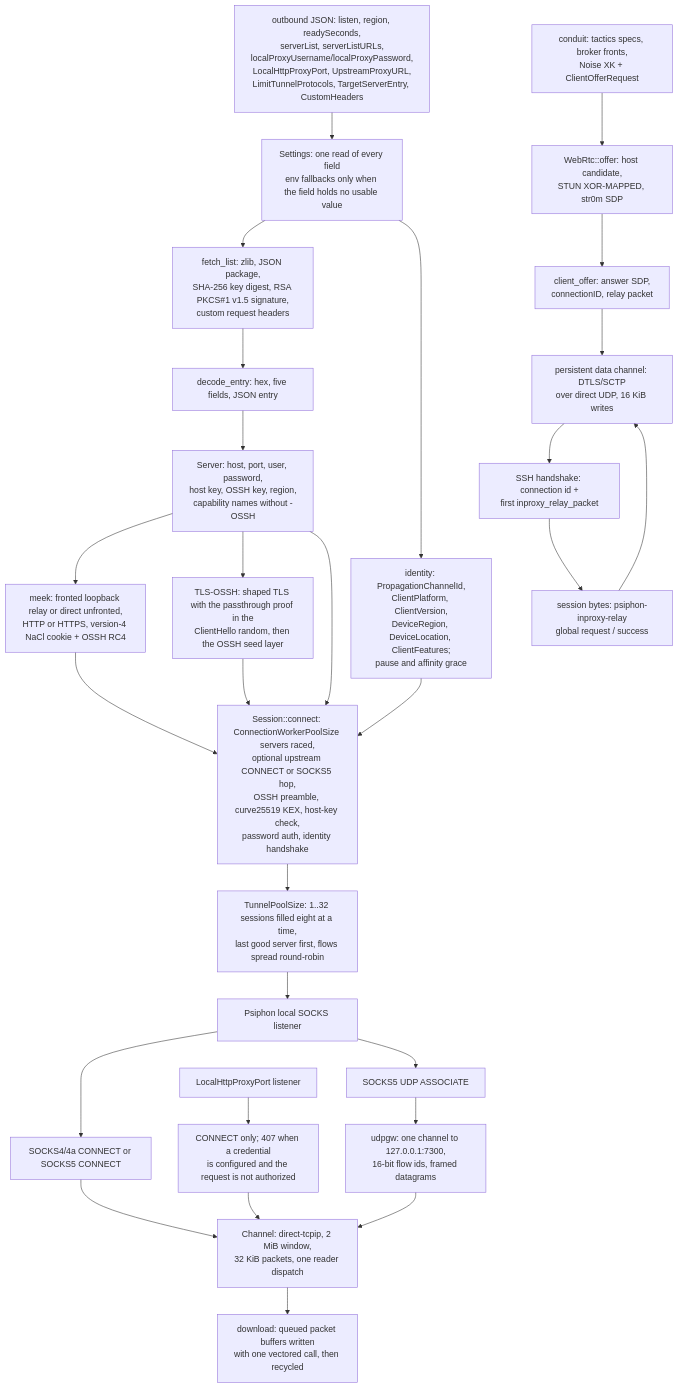
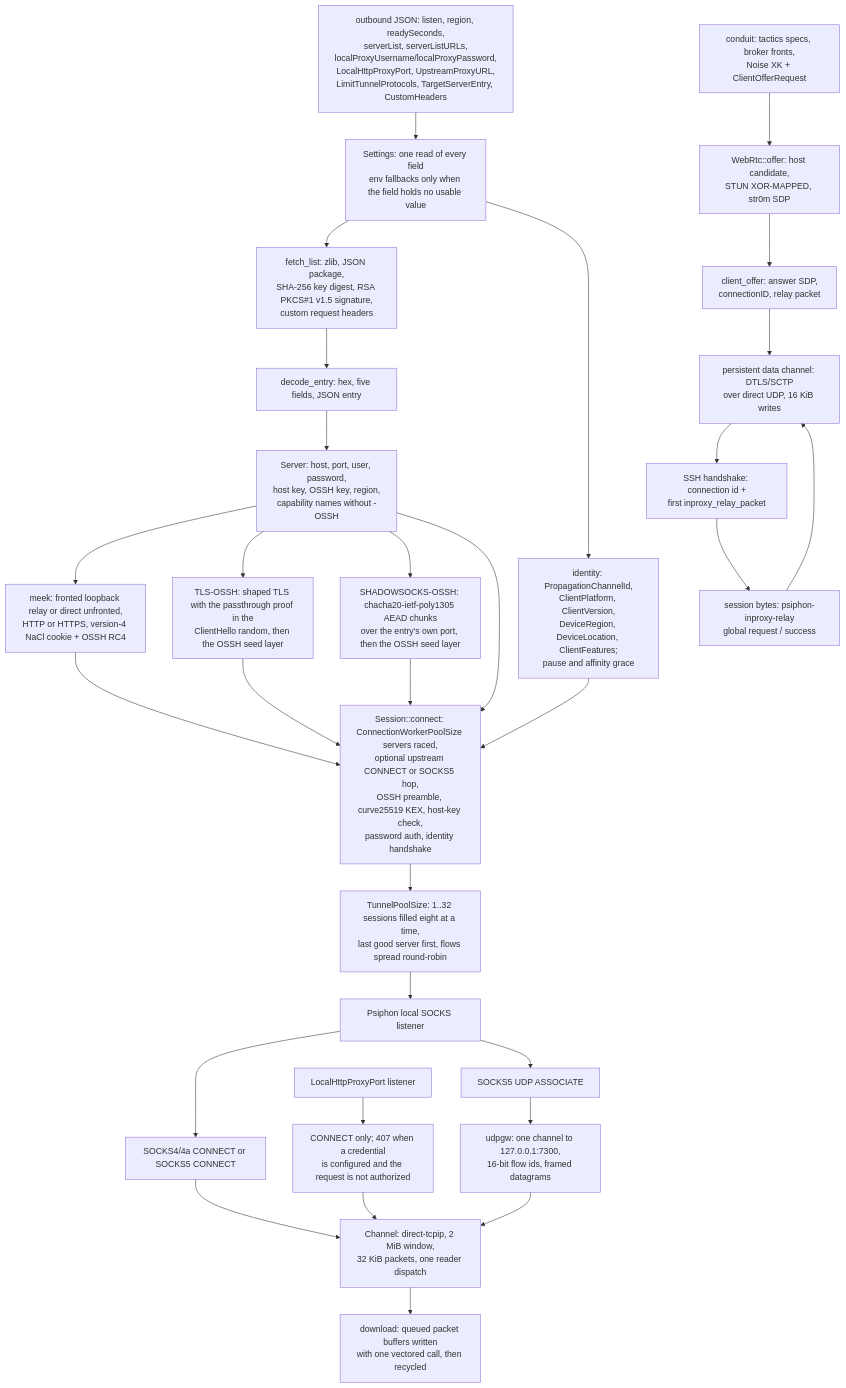
The diagram in docs/function/carrier-psiphon.md (Ferrocite/ferrox), drawn with Mermaid before and after one commit. The commit also changed other lines of this file and 5 other files, not shown here.

Commit message:
psiphon: carry direct Shadowsocks-OSSH over its own AEAD stream

````diff
--- a/docs/function/carrier-psiphon.md
+++ b/docs/function/carrier-psiphon.md
@@ -7,30 +7,32 @@
 ```mermaid
 graph TD
     A["outbound JSON: listen, region, readySeconds,<br/>serverList, serverListURLs,<br/>localProxyUsername/localProxyPassword,<br/>LocalHttpProxyPort, UpstreamProxyURL,<br/>LimitTunnelProtocols, TargetServerEntry, CustomHeaders"] --> B["Settings: one read of every field<br/>env fallbacks only when the field holds no usable value"]
     B --> C["fetch_list: zlib, JSON package,<br/>SHA-256 key digest, RSA PKCS#1 v1.5 signature,<br/>custom request headers"]
     B --> B2["identity: PropagationChannelId,<br/>ClientPlatform, ClientVersion,<br/>DeviceRegion, DeviceLocation, ClientFeatures;<br/>pause and affinity grace"]
     C --> D["decode_entry: hex, five fields, JSON entry"]
     D --> E["Server: host, port, user, password,<br/>host key, OSSH key, region,<br/>capability names without -OSSH"]
     E --> E2["meek: fronted loopback relay or direct unfronted,<br/>HTTP or HTTPS, version-4 NaCl cookie + OSSH RC4"]
     E --> E3["TLS-OSSH: shaped TLS with the passthrough proof in the<br/>ClientHello random, then the OSSH seed layer"]
+    E --> E4["SHADOWSOCKS-OSSH: chacha20-ietf-poly1305 AEAD chunks<br/>over the entry's own port, then the OSSH seed layer"]
     E2 --> F
     E3 --> F
+    E4 --> F
     E --> F["Session::connect: ConnectionWorkerPoolSize servers raced,<br/>optional upstream CONNECT or SOCKS5 hop,<br/>OSSH preamble, curve25519 KEX, host-key check,<br/>password auth, identity handshake"]
     B2 --> F
     F --> P["TunnelPoolSize: 1..32 sessions filled eight at a time,<br/>last good server first, flows spread round-robin"]
     P --> G["Psiphon local SOCKS listener"]
     G --> H["SOCKS4/4a CONNECT or SOCKS5 CONNECT"]
     H --> I["Channel: direct-tcpip, 2 MiB window,<br/>32 KiB packets, one reader dispatch"]
     I --> Z["download: queued packet buffers written<br/>with one vectored call, then recycled"]
     G --> J["SOCKS5 UDP ASSOCIATE"]
     J --> K["udpgw: one channel to 127.0.0.1:7300,<br/>16-bit flow ids, framed datagrams"]
     K --> I
     L["LocalHttpProxyPort listener"] --> M["CONNECT only; 407 when a credential<br/>is configured and the request is not authorized"]
     M --> I
     N["conduit: tactics specs, broker fronts,<br/>Noise XK + ClientOfferRequest"] --> O["WebRtc::offer: host candidate,<br/>STUN XOR-MAPPED, str0m SDP"]
     O --> Q["client_offer: answer SDP,<br/>connectionID, relay packet"]
     Q --> R["persistent data channel: DTLS/SCTP<br/>over direct UDP, 16 KiB writes"]
     R --> S["SSH handshake: connection id +<br/>first inproxy_relay_packet"]
     S --> T["session bytes: psiphon-inproxy-relay<br/>global request / success"]
     T --> R
 ```
````
